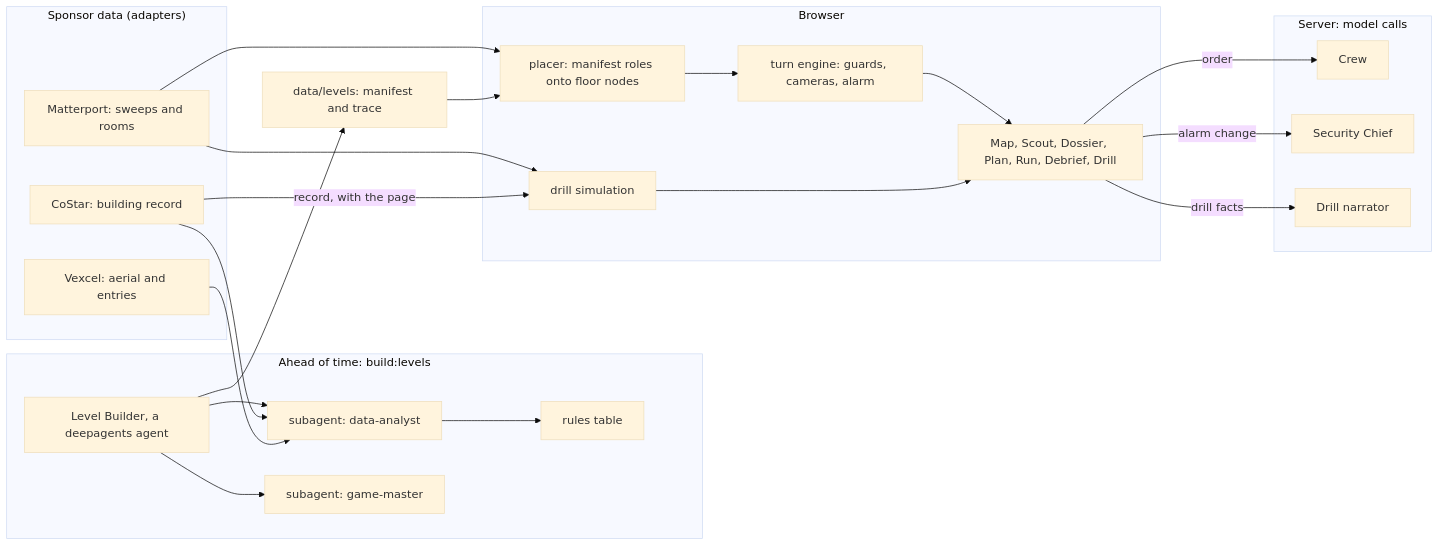
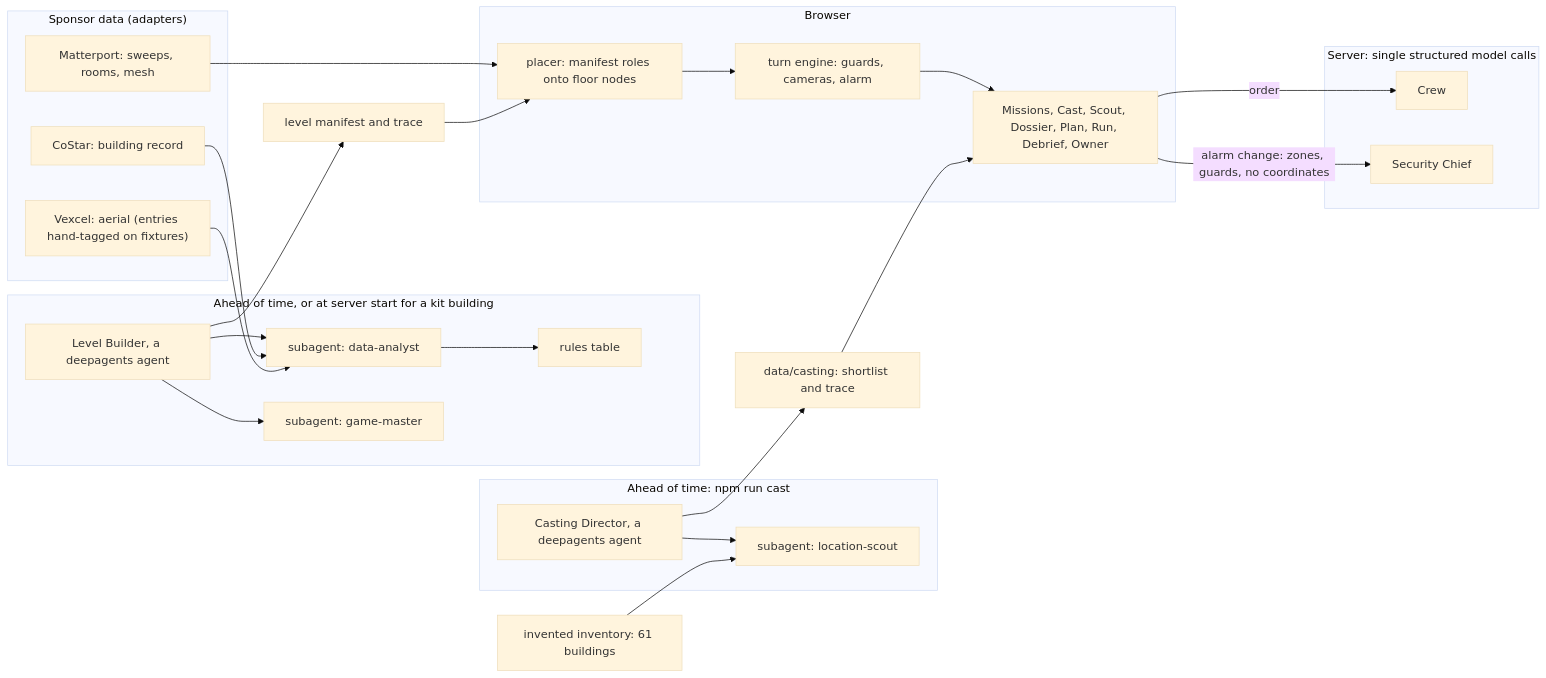
One commit to Ollienel777/Insider changed the diagram in README.md. Above: the diagram before and after it, drawn with Mermaid (base theme). The commit also changed other lines of this file and 2 other files, not shown here.

````diff
--- a/README.md
+++ b/README.md
@@ -116,47 +236,50 @@
 ```mermaid
 flowchart LR
   subgraph Data["Sponsor data (adapters)"]
     CS["CoStar: building record"]
-    VX["Vexcel: aerial and entries"]
-    MP["Matterport: sweeps and rooms"]
+    VX["Vexcel: aerial (entries hand-tagged on fixtures)"]
+    MP["Matterport: sweeps, rooms, mesh"]
   end
 
-  subgraph Ahead["Ahead of time: build:levels"]
+  subgraph Casting["Ahead of time: npm run cast"]
+    CD["Casting Director, a deepagents agent"]
+    LS["subagent: location-scout"]
+    CD --> LS
+  end
+  INV["invented inventory: 61 buildings"] --> LS
+  CD --> SL["data/casting: shortlist and trace"]
+
+  subgraph Builder["Ahead of time, or at server start for a kit building"]
     LB["Level Builder, a deepagents agent"]
     DA["subagent: data-analyst"]
     GM["subagent: game-master"]
     RT["rules table"]
     LB --> DA
     LB --> GM
     DA --> RT
   end
 
   CS --> DA
   VX --> DA
-  LB --> MF["data/levels: manifest and trace"]
+  LB --> MF["level manifest and trace"]
 
   subgraph Browser["Browser"]
     PL["placer: manifest roles onto floor nodes"]
     EN["turn engine: guards, cameras, alarm"]
-    DR["drill simulation"]
-    UI["Map, Scout, Dossier, Plan, Run, Debrief, Drill"]
+    UI["Missions, Cast, Scout, Dossier, Plan, Run, Debrief, Owner"]
     PL --> EN
     EN --> UI
-    DR --> UI
   end
 
+  SL --> UI
   MP --> PL
   MF --> PL
-  MP --> DR
-  CS -- "record, with the page" --> DR
 
-  subgraph Live["Server: model calls"]
+  subgraph Live["Server: single structured model calls"]
     CR["Crew"]
     CH["Security Chief"]
-    NA["Drill narrator"]
   end
 
   UI -- "order" --> CR
-  UI -- "alarm change" --> CH
-  UI -- "drill facts" --> NA
+  UI -- "alarm change: zones, guards, no coordinates" --> CH
 ```
````
